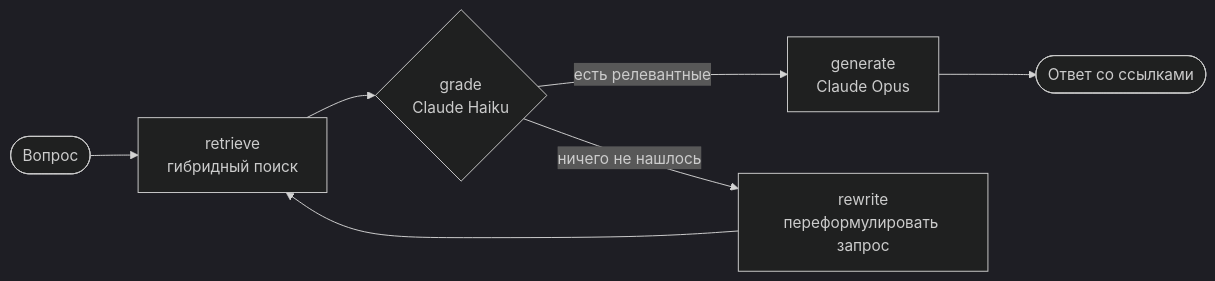
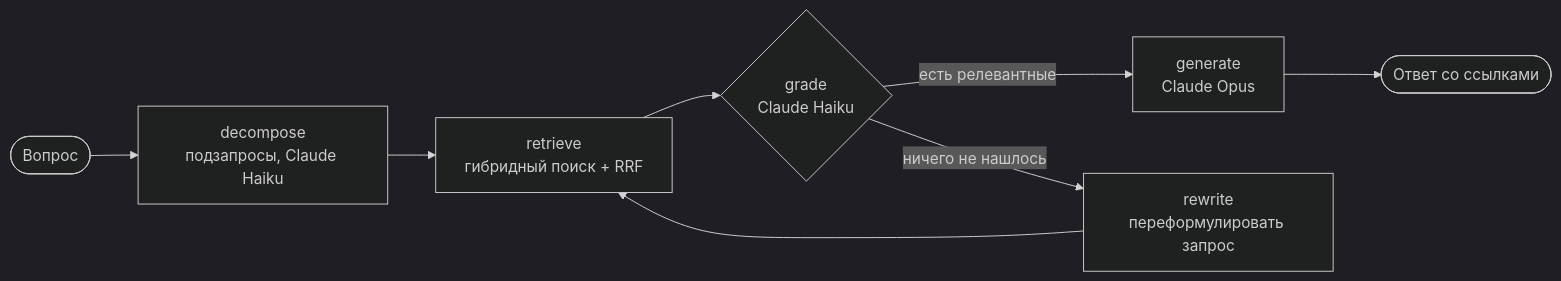
One commit to vasilylead-lang/zeppelin-rag changed the diagram in README.md. Above: the diagram before and after it, drawn with Mermaid (dark theme). The commit also changed other lines of this file and 14 other files, not shown here.

````diff
--- a/README.md
+++ b/README.md
@@ -11,9 +11,10 @@
 ```mermaid
 flowchart LR
-    Q([Вопрос]) --> R[retrieve<br/>гибридный поиск]
+    Q([Вопрос]) --> D[decompose<br/>подзапросы, Claude Haiku]
+    D --> R[retrieve<br/>гибридный поиск + RRF]
     R --> G{grade<br/>Claude Haiku}
     G -- есть релевантные --> A[generate<br/>Claude Opus]
     G -- ничего не нашлось --> W[rewrite<br/>переформулировать запрос]
     W --> R
     A --> E([Ответ со ссылками])
 ```
````
